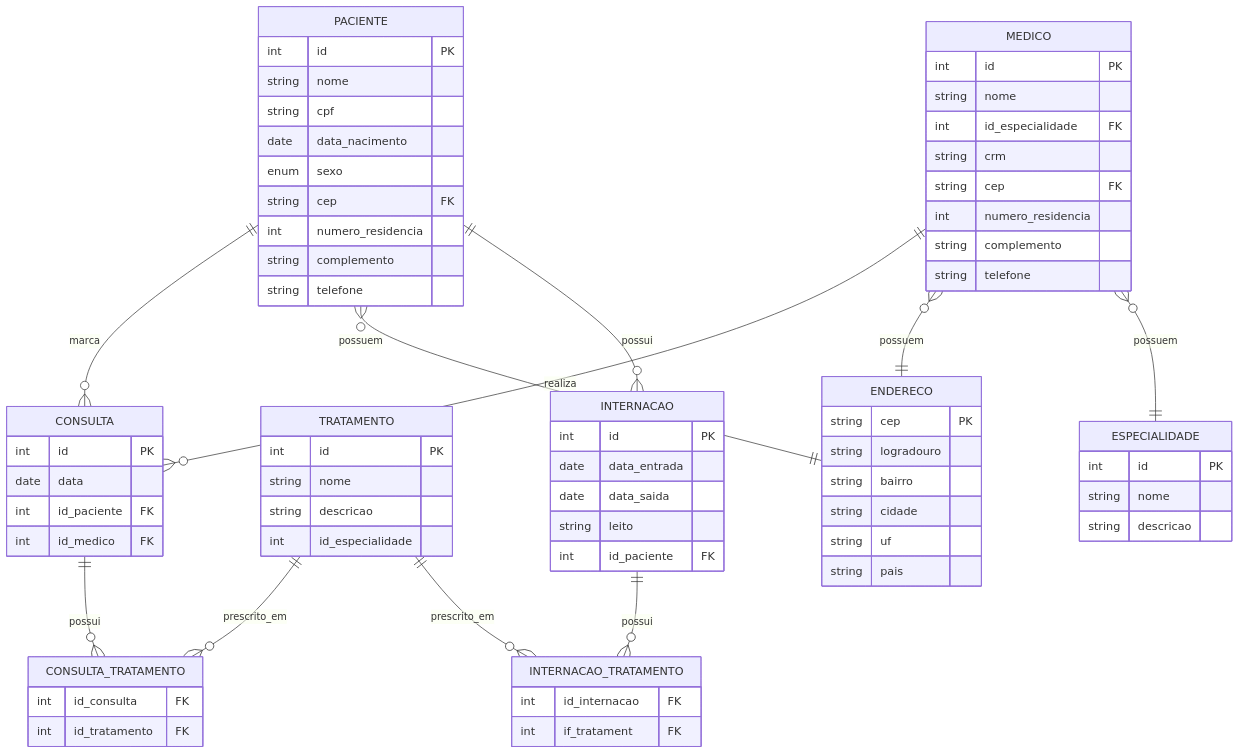
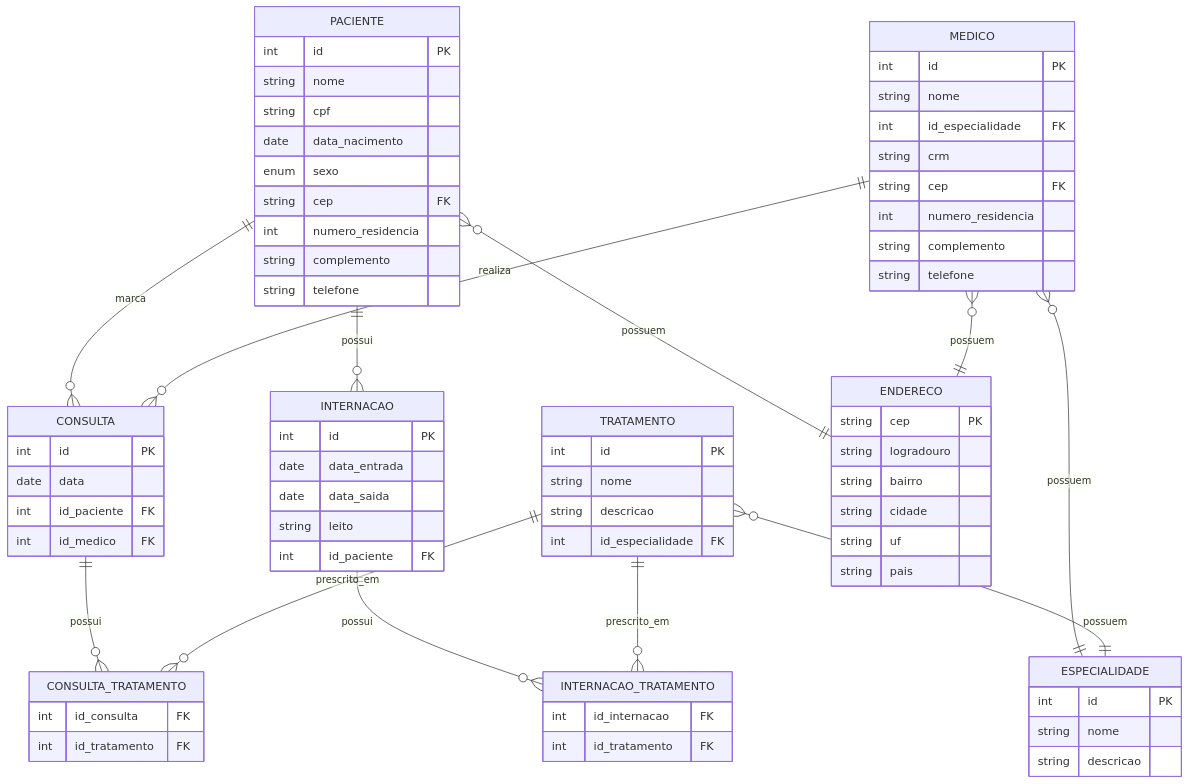
One commit to Drufontael/Faculdade---ADS changed the diagram in programacao-e-desenvolvimento-de-banco-de-dados/desafio2-sistema-hospitalar.md. Above: the diagram before and after it, drawn with Mermaid. The commit also changed other lines of this file and 2 other files, not shown here.

Commit message:
Script SQL desafio 2

````diff
--- a/programacao-e-desenvolvimento-de-banco-de-dados/desafio2-sistema-hospitalar.md
+++ b/programacao-e-desenvolvimento-de-banco-de-dados/desafio2-sistema-hospitalar.md
@@ -48,7 +48,7 @@
     PACIENTE{
         int id PK
         string nome
-        string cpf
+        string cpf 
         date data_nacimento
         enum sexo
         string cep FK
@@ -79,7 +79,7 @@
         int id PK
         string nome
         string descricao
-        int id_especialidade
+        int id_especialidade FK
     }
 
     CONSULTA_TRATAMENTO{
@@ -97,7 +97,7 @@
 
     INTERNACAO_TRATAMENTO{
         int id_internacao FK
-        int if_tratament FK
+        int id_tratamento FK
     }
 
     ESPECIALIDADE{
@@ -125,4 +125,5 @@
     PACIENTE ||--o{ INTERNACAO: possui
     INTERNACAO ||--o{ INTERNACAO_TRATAMENTO: possui
     TRATAMENTO ||--o{ INTERNACAO_TRATAMENTO: prescrito_em
+    TRATAMENTO }o--|| ESPECIALIDADE: possuem
 ```
````
